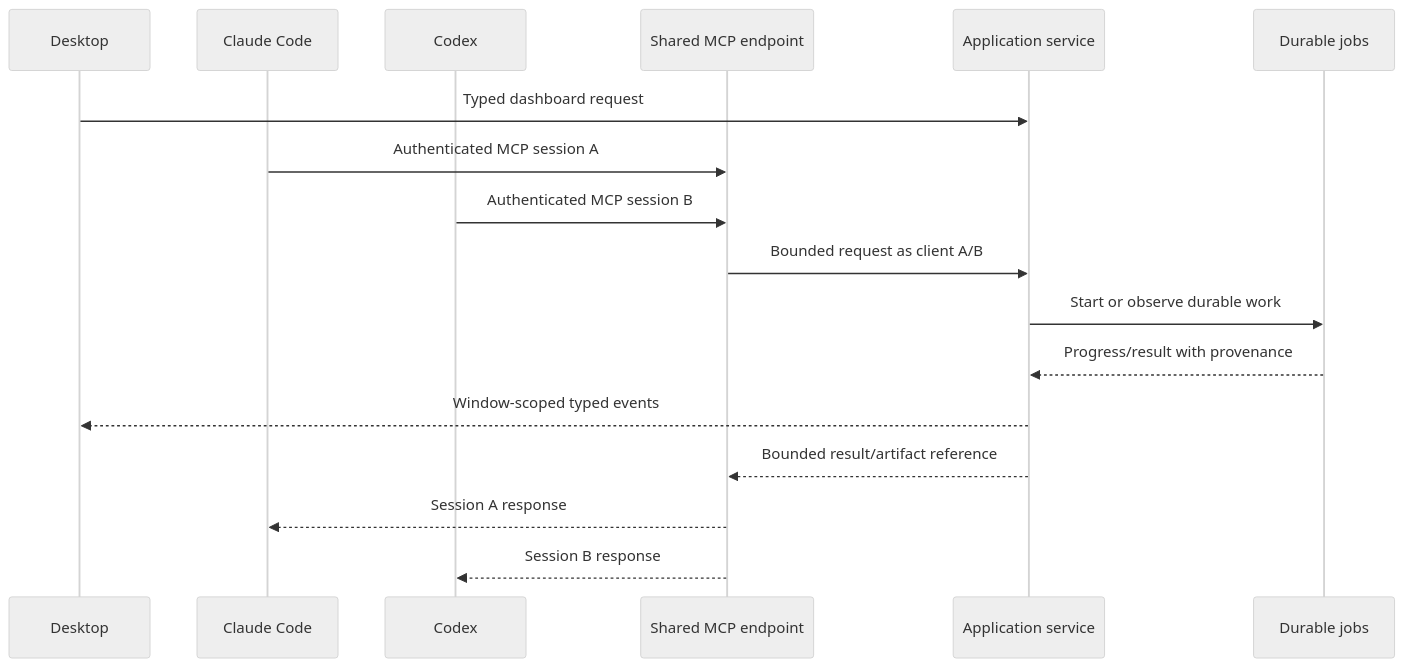
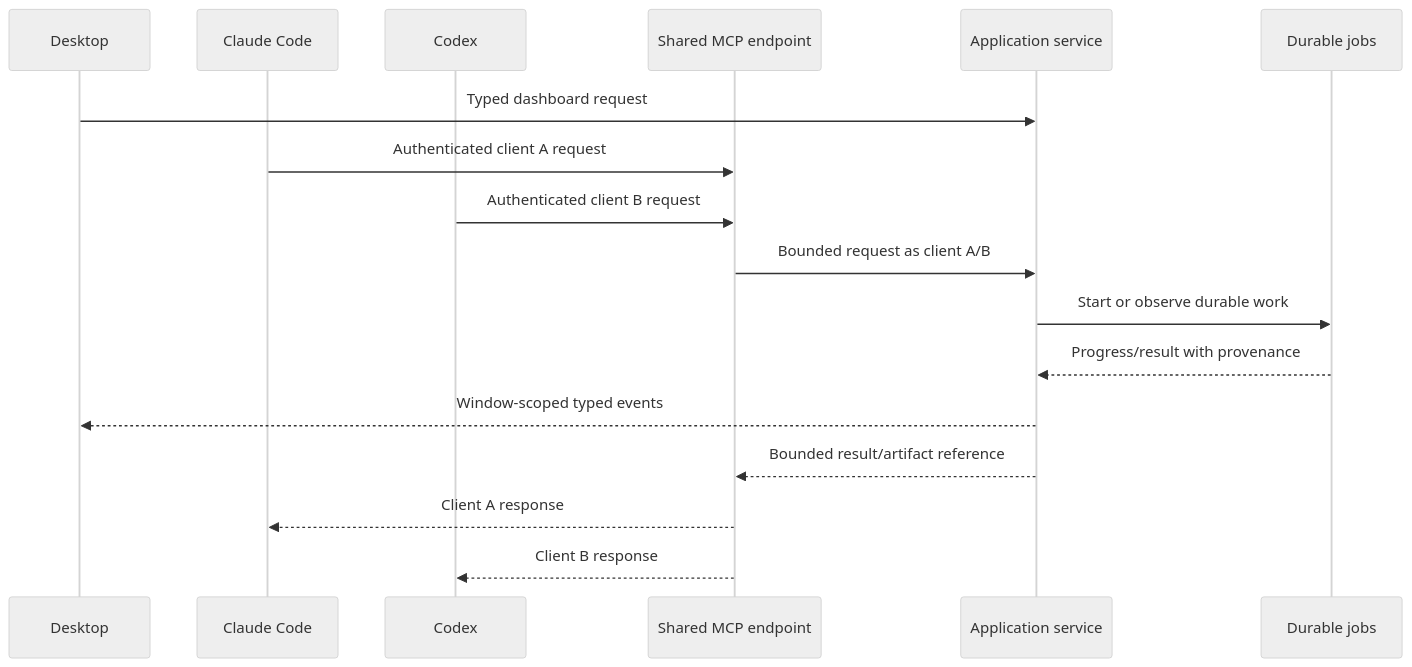
Before and after one commit to Sawmonabo/market-squawk: the ninth of 11 diagrams in docs/superpowers/specs/2026-08-01-market-squawk-v1-installed-product-experience-design.md, drawn with Mermaid (neutral theme). The commit also changed other lines of this file and 2 other files, not shown here.

````diff
--- a/docs/superpowers/specs/2026-08-01-market-squawk-v1-installed-product-experience-design.md
+++ b/docs/superpowers/specs/2026-08-01-market-squawk-v1-installed-product-experience-design.md
@@ -1141,20 +1162,20 @@
 ```mermaid
 sequenceDiagram
     participant Desktop
     participant Claude as Claude Code
     participant Codex
     participant MCP as Shared MCP endpoint
     participant Service as Application service
     participant Jobs as Durable jobs
 
     Desktop->>Service: Typed dashboard request
-    Claude->>MCP: Authenticated MCP session A
-    Codex->>MCP: Authenticated MCP session B
+    Claude->>MCP: Authenticated client A request
+    Codex->>MCP: Authenticated client B request
     MCP->>Service: Bounded request as client A/B
     Service->>Jobs: Start or observe durable work
     Jobs-->>Service: Progress/result with provenance
     Service-->>Desktop: Window-scoped typed events
     Service-->>MCP: Bounded result/artifact reference
-    MCP-->>Claude: Session A response
-    MCP-->>Codex: Session B response
+    MCP-->>Claude: Client A response
+    MCP-->>Codex: Client B response
 ```
````
